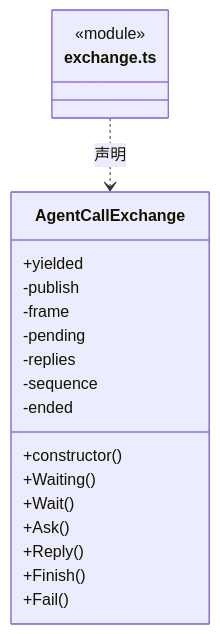
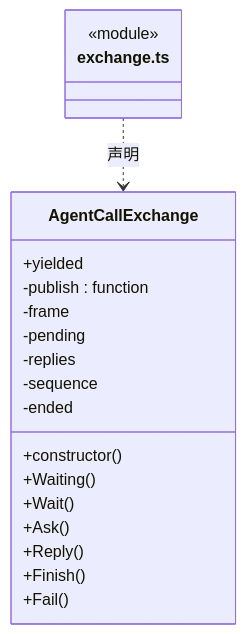
Before and after one commit to nan023062/cbim: the fifth of 7 diagrams in src/logic/agents/ARCHITECTURE.md, drawn with Mermaid. The commit also changed other lines of this file and 137 other files, not shown here.

Commit message:
fix: align architecture generator with documentation standards

````diff
--- a/src/logic/agents/ARCHITECTURE.md
+++ b/src/logic/agents/ARCHITECTURE.md
@@ -235,23 +241,23 @@
 ```mermaid
 classDiagram
 class N_src_logic_agents_exchange_ts["exchange.ts"] {
   <<module>>
 }
 class N_src_logic_agents_exchange_ts_AgentCallExchange["AgentCallExchange"] {
   +yielded
   +constructor()
   +Waiting()
   +Wait()
   +Ask()
   +Reply()
   +Finish()
   +Fail()
-  -publish
+  -publish : function
   -frame
   -pending
   -replies
   -sequence
   -ended
 }
 N_src_logic_agents_exchange_ts ..> N_src_logic_agents_exchange_ts_AgentCallExchange : 声明
 ```
````
